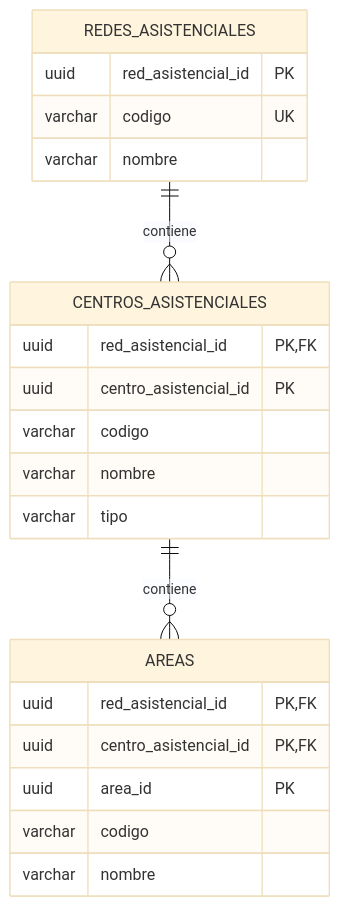
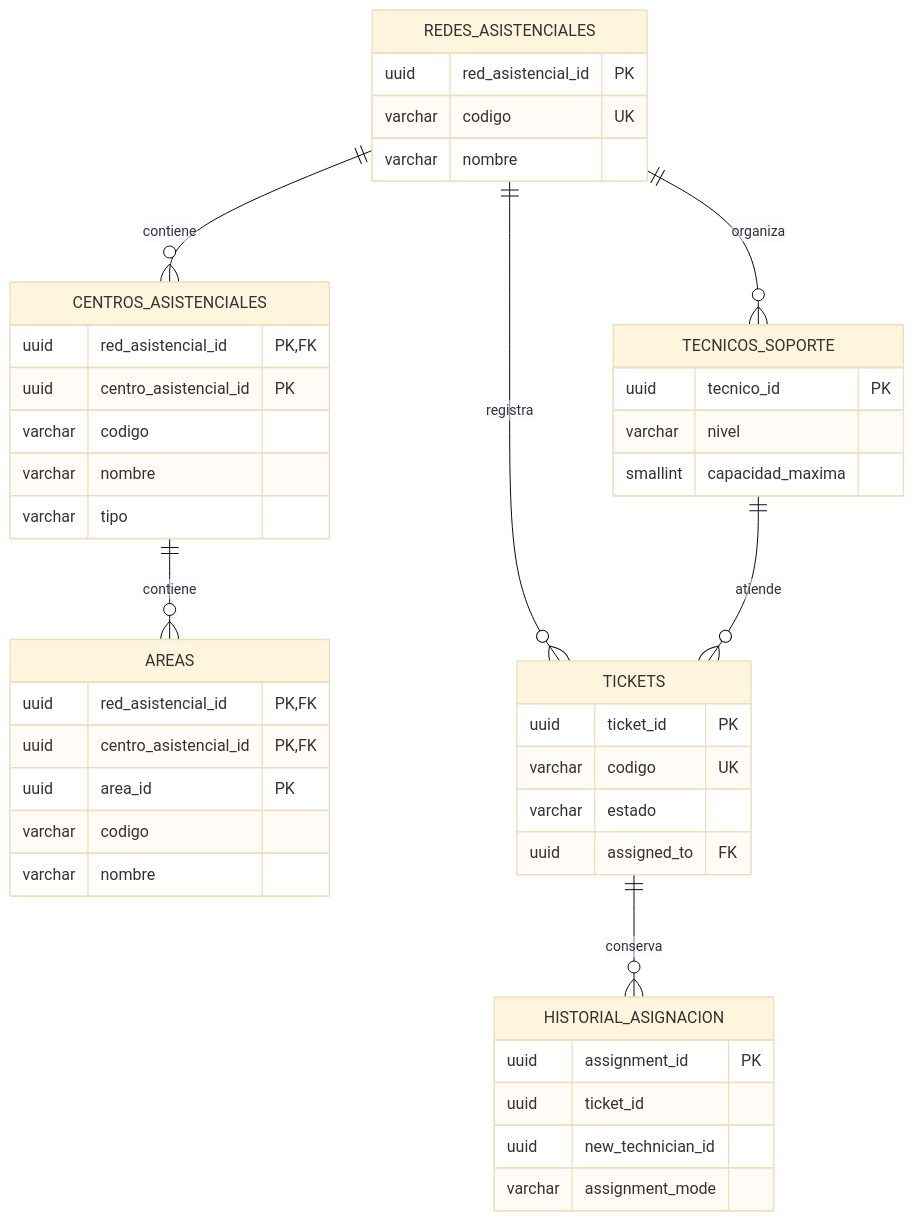
The second of 2 diagrams in README.md (C-David28/essalud-ticket-system), drawn with Mermaid (base theme) before and after one commit. The commit also changed other lines of this file and 38 other files, not shown here.

Commit message:
feat(tickets): assign tickets by technician workload

````diff
--- a/README.md
+++ b/README.md
@@ -79,24 +80,45 @@
 ```mermaid
 erDiagram
   REDES_ASISTENCIALES ||--o{ CENTROS_ASISTENCIALES : contiene
   CENTROS_ASISTENCIALES ||--o{ AREAS : contiene
+  REDES_ASISTENCIALES ||--o{ TICKETS : registra
+  REDES_ASISTENCIALES ||--o{ TECNICOS_SOPORTE : organiza
+  TECNICOS_SOPORTE ||--o{ TICKETS : atiende
+  TICKETS ||--o{ HISTORIAL_ASIGNACION : conserva
   REDES_ASISTENCIALES {
     uuid red_asistencial_id PK
     varchar codigo UK
     varchar nombre
   }
   CENTROS_ASISTENCIALES {
     uuid red_asistencial_id PK,FK
     uuid centro_asistencial_id PK
     varchar codigo
     varchar nombre
     varchar tipo
   }
   AREAS {
     uuid red_asistencial_id PK,FK
     uuid centro_asistencial_id PK,FK
     uuid area_id PK
     varchar codigo
     varchar nombre
   }
+  TICKETS {
+    uuid ticket_id PK
+    varchar codigo UK
+    varchar estado
+    uuid assigned_to FK
+  }
+  TECNICOS_SOPORTE {
+    uuid tecnico_id PK
+    varchar nivel
+    smallint capacidad_maxima
+  }
+  HISTORIAL_ASIGNACION {
+    uuid assignment_id PK
+    uuid ticket_id
+    uuid new_technician_id
+    varchar assignment_mode
+  }
 ```
````
